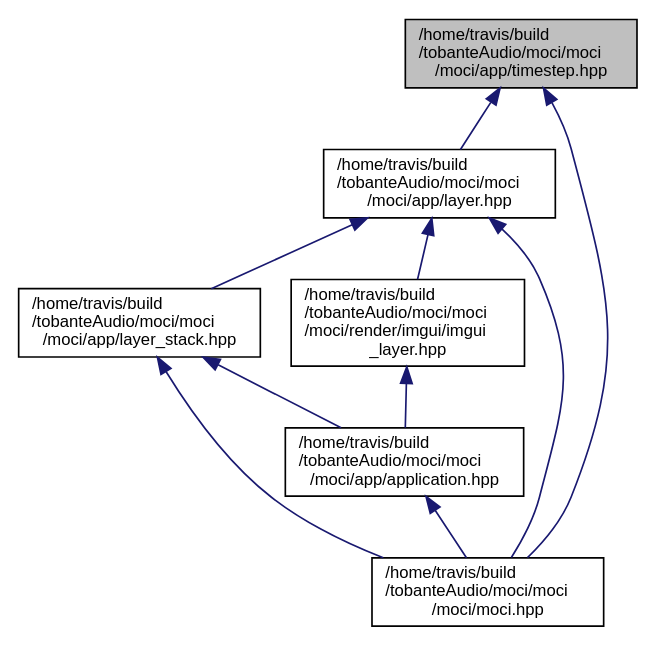
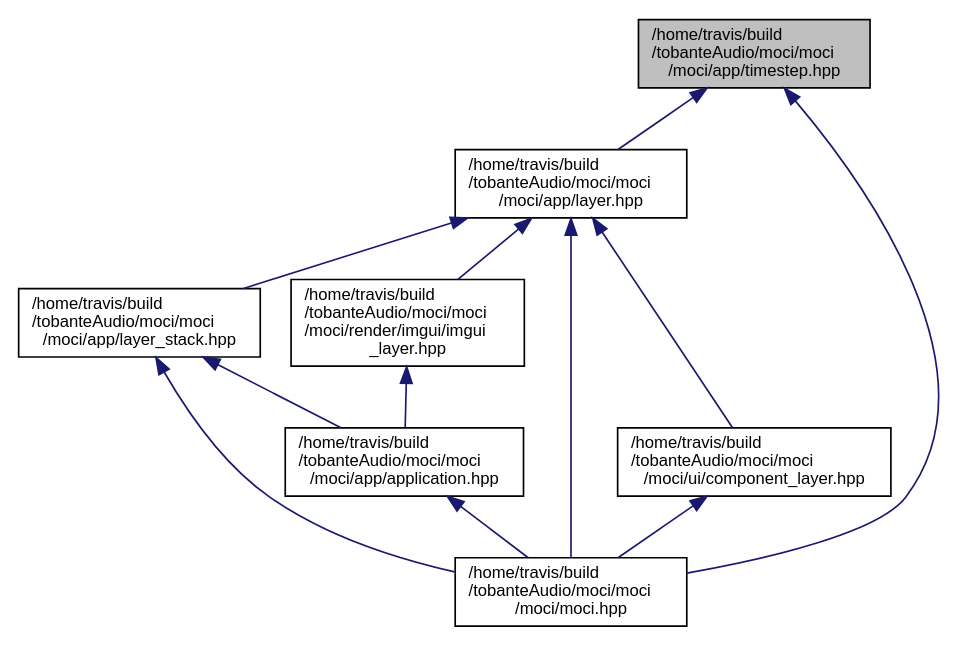
Before and after one commit to tobanteAudio/moci: the diagram in timestep_8hpp__dep__incl.dot, drawn with Graphviz. The commit also changed 93 other files, not shown here.

Commit message:
Deploy tobanteAudio/moci to github.com/tobanteAudio/moci.git:gh-pages

```diff
--- a/timestep_8hpp__dep__incl.dot
+++ b/timestep_8hpp__dep__incl.dot
@@ -1,20 +1,23 @@
 digraph "/home/travis/build/tobanteAudio/moci/moci/moci/app/timestep.hpp"
 {
   edge [fontname="Helvetica",fontsize="10",labelfontname="Helvetica",labelfontsize="10"];
   node [fontname="Helvetica",fontsize="10",shape=record];
   Node1 [label="/home/travis/build\l/tobanteAudio/moci/moci\l/moci/app/timestep.hpp",height=0.2,width=0.4,color="black", fillcolor="grey75", style="filled", fontcolor="black"];
   Node1 -> Node2 [dir="back",color="midnightblue",fontsize="10",style="solid",fontname="Helvetica"];
   Node2 [label="/home/travis/build\l/tobanteAudio/moci/moci\l/moci/app/layer.hpp",height=0.2,width=0.4,color="black", fillcolor="white", style="filled",URL="$layer_8hpp.html"];
   Node2 -> Node3 [dir="back",color="midnightblue",fontsize="10",style="solid",fontname="Helvetica"];
   Node3 [label="/home/travis/build\l/tobanteAudio/moci/moci\l/moci/app/layer_stack.hpp",height=0.2,width=0.4,color="black", fillcolor="white", style="filled",URL="$layer__stack_8hpp.html"];
   Node3 -> Node4 [dir="back",color="midnightblue",fontsize="10",style="solid",fontname="Helvetica"];
   Node4 [label="/home/travis/build\l/tobanteAudio/moci/moci\l/moci/app/application.hpp",height=0.2,width=0.4,color="black", fillcolor="white", style="filled",URL="$application_8hpp.html"];
   Node4 -> Node5 [dir="back",color="midnightblue",fontsize="10",style="solid",fontname="Helvetica"];
   Node5 [label="/home/travis/build\l/tobanteAudio/moci/moci\l/moci/moci.hpp",height=0.2,width=0.4,color="black", fillcolor="white", style="filled",URL="$moci_8hpp.html"];
   Node3 -> Node5 [dir="back",color="midnightblue",fontsize="10",style="solid",fontname="Helvetica"];
   Node2 -> Node5 [dir="back",color="midnightblue",fontsize="10",style="solid",fontname="Helvetica"];
   Node2 -> Node6 [dir="back",color="midnightblue",fontsize="10",style="solid",fontname="Helvetica"];
   Node6 [label="/home/travis/build\l/tobanteAudio/moci/moci\l/moci/render/imgui/imgui\l_layer.hpp",height=0.2,width=0.4,color="black", fillcolor="white", style="filled",URL="$imgui__layer_8hpp.html"];
   Node6 -> Node4 [dir="back",color="midnightblue",fontsize="10",style="solid",fontname="Helvetica"];
+  Node2 -> Node7 [dir="back",color="midnightblue",fontsize="10",style="solid",fontname="Helvetica"];
+  Node7 [label="/home/travis/build\l/tobanteAudio/moci/moci\l/moci/ui/component_layer.hpp",height=0.2,width=0.4,color="black", fillcolor="white", style="filled",URL="$component__layer_8hpp.html"];
+  Node7 -> Node5 [dir="back",color="midnightblue",fontsize="10",style="solid",fontname="Helvetica"];
   Node1 -> Node5 [dir="back",color="midnightblue",fontsize="10",style="solid",fontname="Helvetica"];
 }
```
